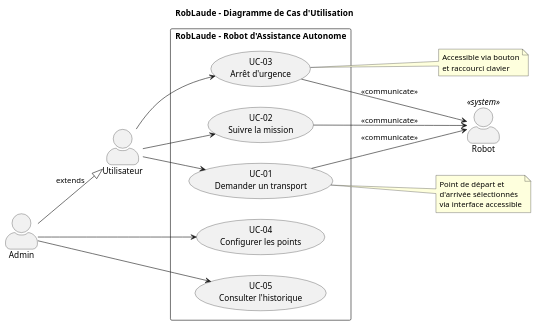
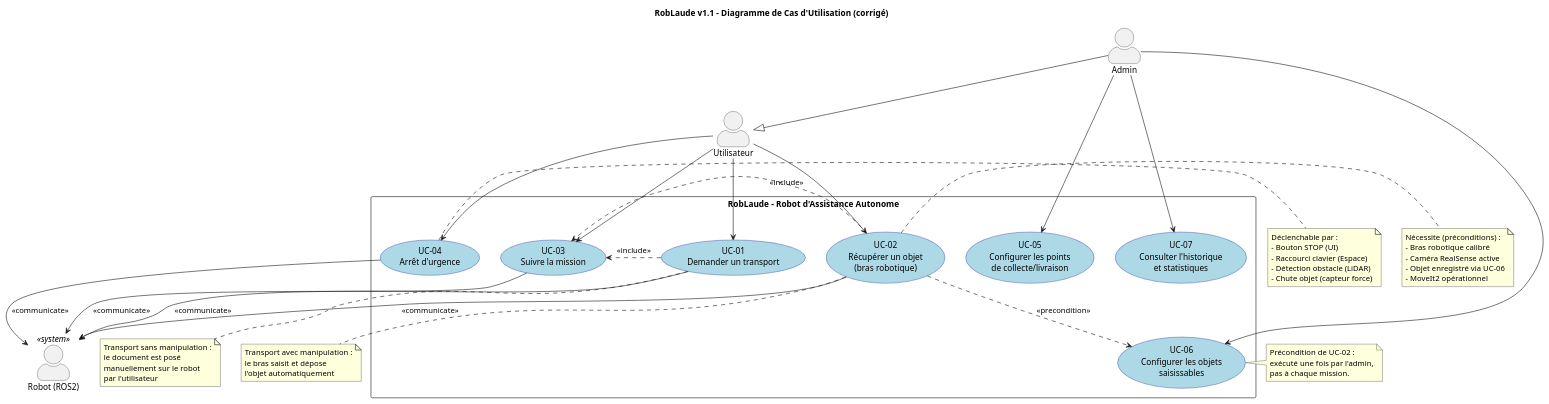
One commit to TheKyyn/Robot-hetic changed the diagram in uml/use-case-diagram.puml. Above: the diagram before and after it, drawn with PlantUML.

Commit message:
Revise use case diagram for RobLaude v1.1
Updated use case diagram to version 1.1 with corrections and additional use cases.

```diff
--- a/uml/use-case-diagram.puml
+++ b/uml/use-case-diagram.puml
@@ -1,42 +1,93 @@
 @startuml use-case-diagram
-title RobLaude - Diagramme de Cas d'Utilisation
-
-left to right direction
+title RobLaude v1.1 - Diagramme de Cas d'Utilisation (corrigé)
 skinparam actorStyle awesome
 skinparam packageStyle rectangle
+skinparam usecase {
+  BackgroundColor LightBlue
+  BorderColor DarkBlue
+}
 
 actor "Utilisateur" as user
 actor "Admin" as admin
-actor "Robot" as robot <<system>>
+actor "Robot (ROS2)" as robot <<system>>
+
+' Admin hérite des droits Utilisateur (généralisation UML correcte)
+admin --|> user
 
 rectangle "RobLaude - Robot d'Assistance Autonome" {
+
+  ' === Utilisateur ===
   usecase "UC-01\nDemander un transport" as UC1
-  usecase "UC-02\nSuivre la mission" as UC2
-  usecase "UC-03\nArrêt d'urgence" as UC3
-  usecase "UC-04\nConfigurer les points" as UC4
-  usecase "UC-05\nConsulter l'historique" as UC5
+  usecase "UC-02\nRécupérer un objet\n(bras robotique)" as UC2
+  usecase "UC-03\nSuivre la mission" as UC3
+  usecase "UC-04\nArrêt d'urgence" as UC4
+
+  ' === Admin uniquement ===
+  usecase "UC-05\nConfigurer les points\nde collecte/livraison" as UC5
+  usecase "UC-06\nConfigurer les objets\nsaisissables" as UC6
+  usecase "UC-07\nConsulter l'historique\net statistiques" as UC7
+
+  ' === Relations utilisateur ===
+  user --> UC1
+  user --> UC2
+  user --> UC3
+  user --> UC4
+
+  ' === Relations admin ===
+  admin --> UC5
+  admin --> UC6
+  admin --> UC7
+
+  ' === Communication robot ===
+  UC1 --> robot : <<communicate>>
+  UC2 --> robot : <<communicate>>
+  UC3 --> robot : <<communicate>>
+  UC4 --> robot : <<communicate>>
+
+  ' === Relations include ===
+  ' UC-01 et UC-02 incluent toujours le suivi (UC-03 s'exécute à chaque mission)
+  UC1 .> UC3 : <<include>>
+  UC2 .> UC3 : <<include>>
+
+  ' === Dépendance / Précondition ===
+  ' UC-06 est un prérequis de UC-02, PAS un include.
+  ' L'admin configure les objets une fois, pas à chaque mission.
+  UC2 ..> UC6 : <<precondition>>
 }
 
-user --> UC1
-user --> UC2
-user --> UC3
-admin --> UC4
-admin --> UC5
-admin --|> user : extends
-
-UC1 --> robot : <<communicate>>
-UC2 --> robot : <<communicate>>
-UC3 --> robot : <<communicate>>
-
-note right of UC1
-  Point de départ et
-  d'arrivée sélectionnés
-  via interface accessible
+note right of UC2
+  Nécessite (préconditions) :
+  - Bras robotique calibré
+  - Caméra RealSense active
+  - Objet enregistré via UC-06
+  - MoveIt2 opérationnel
 end note
 
-note right of UC3
-  Accessible via bouton
-  et raccourci clavier
+note right of UC4
+  Déclenchable par :
+  - Bouton STOP (UI)
+  - Raccourci clavier (Espace)
+  - Détection obstacle (LiDAR)
+  - Chute objet (capteur force)
+end note
+
+note bottom of UC1
+  Transport sans manipulation :
+  le document est posé
+  manuellement sur le robot
+  par l'utilisateur
+end note
+
+note bottom of UC2
+  Transport avec manipulation :
+  le bras saisit et dépose
+  l'objet automatiquement
+end note
+
+note left of UC6
+  Précondition de UC-02 :
+  exécuté une fois par l'admin,
+  pas à chaque mission.
 end note
 
 @enduml
```
